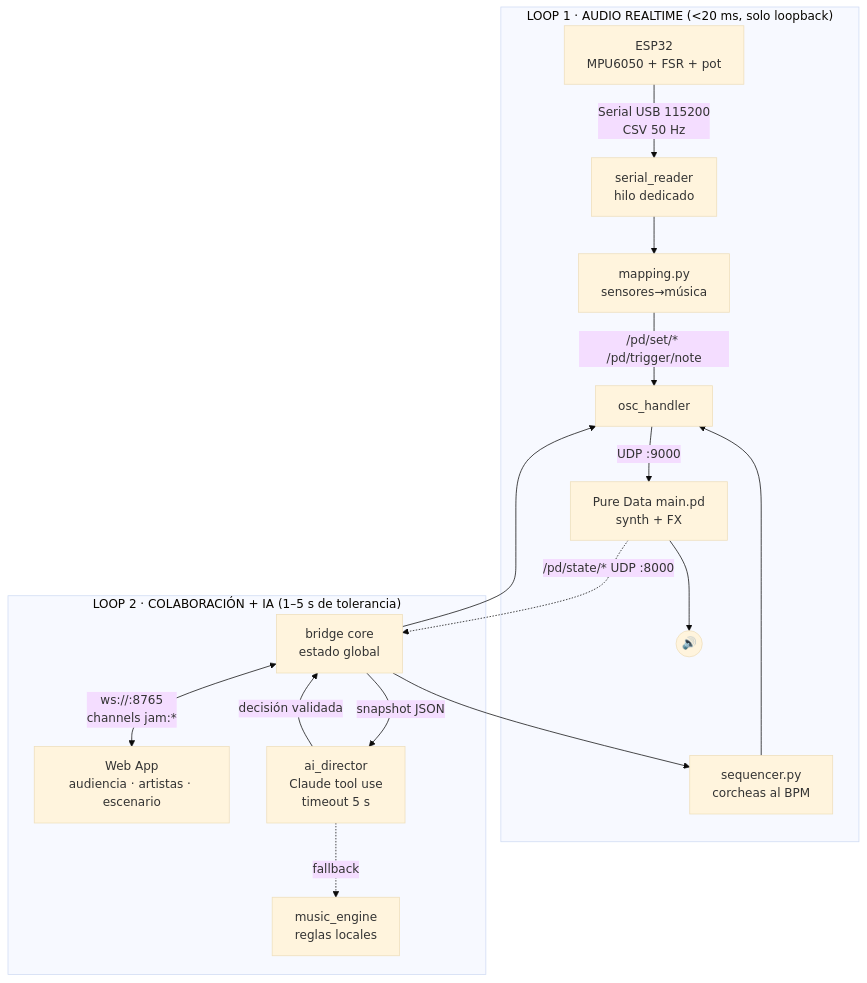
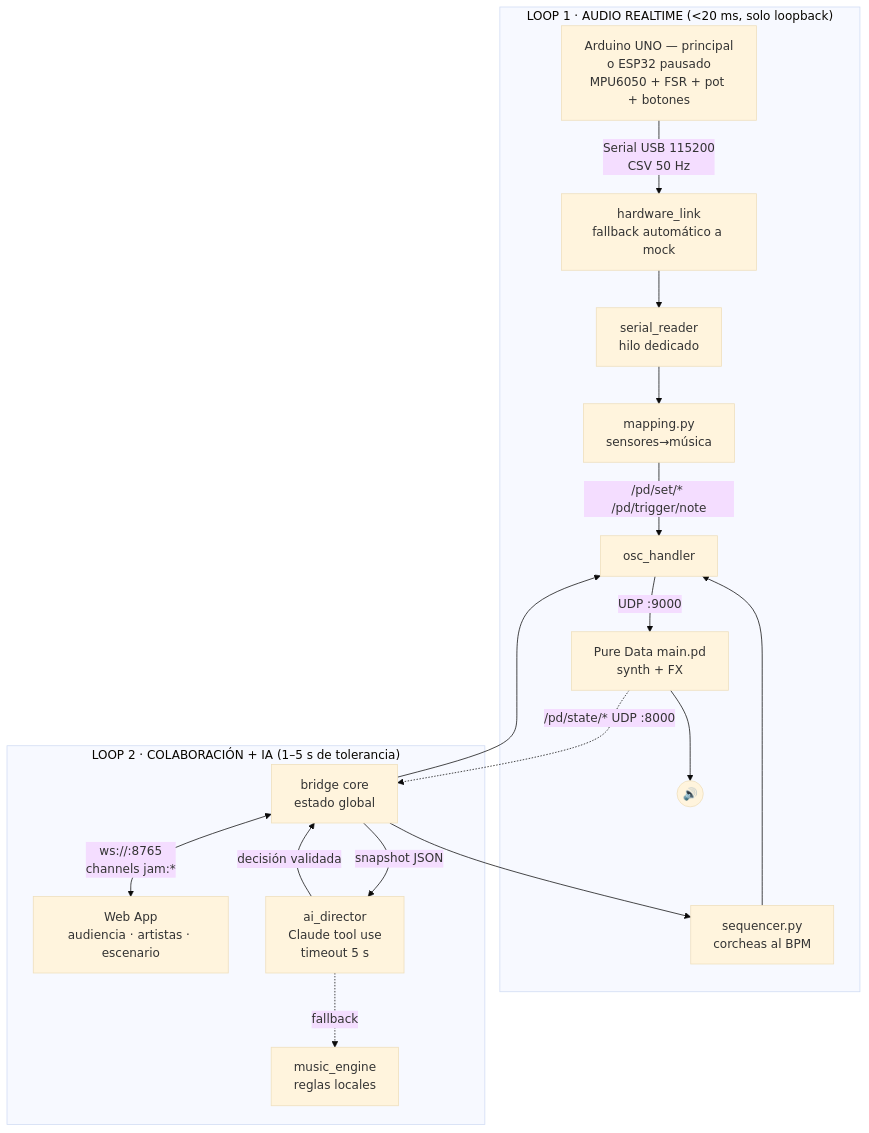
Before and after one commit to DeXimp/HacktonIAMusic: the diagram in virusynth/docs/architecture.md, drawn with Mermaid (base theme). The commit also changed other lines of this file and 6 other files, not shown here.

First line of the commit message:
docs: Arduino UNO como hardware principal en toda la documentacion

````diff
--- a/virusynth/docs/architecture.md
+++ b/virusynth/docs/architecture.md
@@ -6,20 +6,21 @@
 ```mermaid
 flowchart TB
     subgraph L1["LOOP 1 · AUDIO REALTIME (&lt;20 ms, solo loopback)"]
-        ESP[ESP32<br/>MPU6050 + FSR + pot] -->|Serial USB 115200<br/>CSV 50 Hz| SR[serial_reader<br/>hilo dedicado]
+        ESP[Arduino UNO — principal<br/>o ESP32 pausado<br/>MPU6050 + FSR + pot + botones] -->|Serial USB 115200<br/>CSV 50 Hz| HW[hardware_link<br/>fallback automático a mock]
+        HW --> SR[serial_reader<br/>hilo dedicado]
         SR --> MAP[mapping.py<br/>sensores→música]
         SEQ[sequencer.py<br/>corcheas al BPM] --> OSC
         MAP -->|/pd/set/* /pd/trigger/note| OSC[osc_handler]
         OSC -->|UDP :9000| PD[Pure Data main.pd<br/>synth + FX]
         PD --> DAC((🔊))
     end
     subgraph L2["LOOP 2 · COLABORACIÓN + IA (1–5 s de tolerancia)"]
         PD -.->|/pd/state/* UDP :8000| BR[bridge core<br/>estado global]
         BR <-->|ws://:8765<br/>channels jam:*| WEB[Web App<br/>audiencia · artistas · escenario]
         BR -->|snapshot JSON| IA[ai_director<br/>Claude tool use<br/>timeout 5 s]
         IA -->|decisión validada| BR
         IA -.->|fallback| ME[music_engine<br/>reglas locales]
     end
     BR --> SEQ
     BR --> OSC
 ```
````
